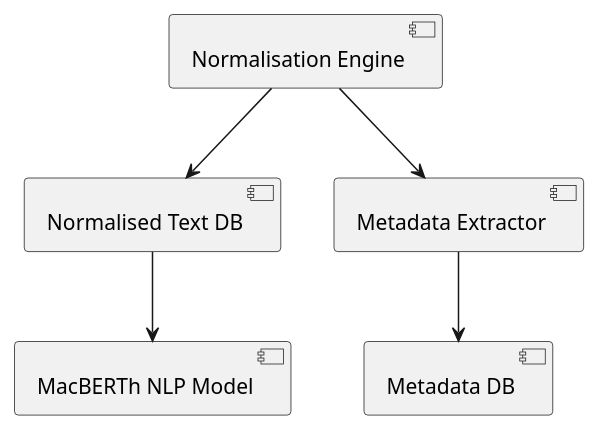
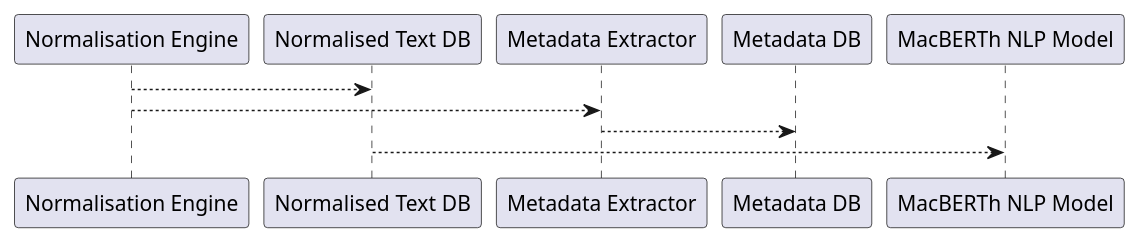
The diagram in docs/uml/connections/normalisation.puml (leegee/mutatis-mutandis), drawn with PlantUML before and after one commit. The commit also changed other lines of this file and 12 other files, not shown here.

```diff
--- a/docs/uml/connections/normalisation.puml
+++ b/docs/uml/connections/normalisation.puml
@@ -1,7 +1,6 @@
+' Normalisation → DB & MacBERTh
+"Normalisation Engine" --> "Normalised Text DB"
+"Normalisation Engine" --> "Metadata Extractor"
+"Metadata Extractor" --> "Metadata DB"
 
-' Normalisation → DB & MacBERTh
-[Normalisation Engine] --> [Normalised Text DB]
-[Normalisation Engine] --> [Metadata Extractor]
-[Metadata Extractor] --> [Metadata DB]
-
-[Normalised Text DB] --> [MacBERTh NLP Model]
+"Normalised Text DB" --> "MacBERTh NLP Model"
```
